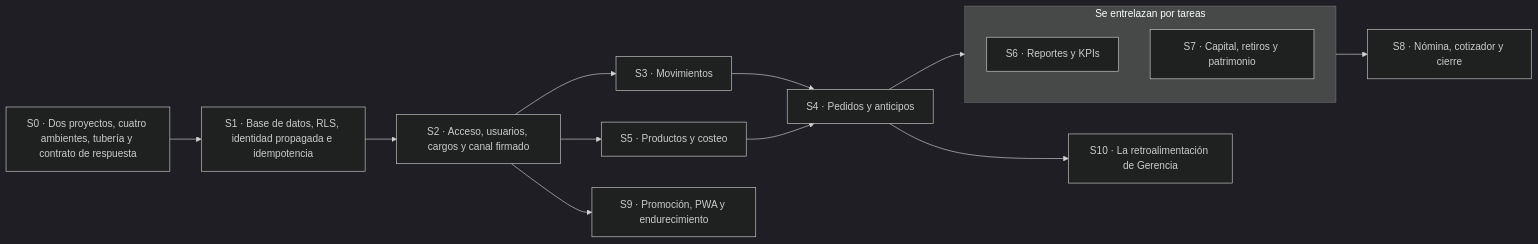
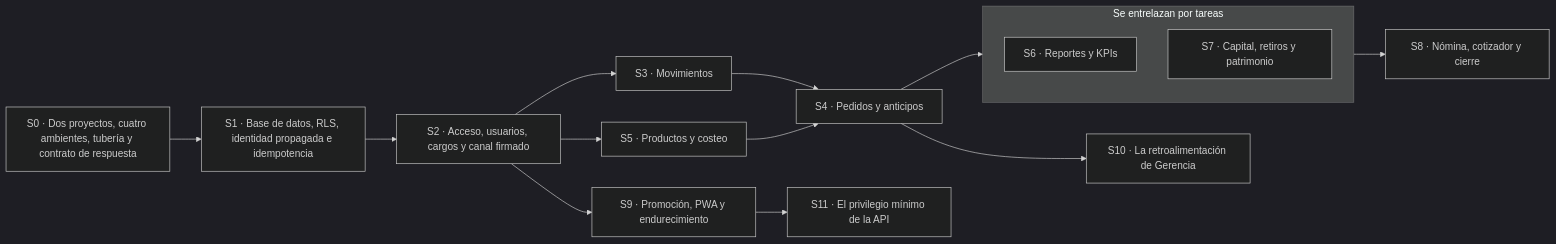
Before and after one commit to Juanchope039/Emprende-Documentation: the second of 2 diagrams in docs/08-plan-de-desarrollo.md, drawn with Mermaid (dark theme). The commit also changed other lines of this file and 14 other files, not shown here.

````diff
--- a/docs/08-plan-de-desarrollo.md
+++ b/docs/08-plan-de-desarrollo.md
@@ -1050,26 +1098,28 @@
 ```mermaid
 graph LR
   S0["S0 · Dos proyectos, cuatro ambientes, tubería y contrato de respuesta"]
   S1["S1 · Base de datos, RLS, identidad propagada e idempotencia"]
   S2["S2 · Acceso, usuarios, cargos y canal firmado"]
   S3["S3 · Movimientos"]
   S4["S4 · Pedidos y anticipos"]
   S5["S5 · Productos y costeo"]
   subgraph G67["Se entrelazan por tareas"]
     S6["S6 · Reportes y KPIs"]
     S7["S7 · Capital, retiros y patrimonio"]
   end
   S8["S8 · Nómina, cotizador y cierre"]
   S9["S9 · Promoción, PWA y endurecimiento"]
   S10["S10 · La retroalimentación de Gerencia"]
+  S11["S11 · El privilegio mínimo de la API"]
   S0 --> S1
   S1 --> S2
   S2 --> S3
   S2 --> S5
   S2 --> S9
   S3 --> S4
   S4 --> G67
   S4 --> S10
   S5 --> S4
   G67 --> S8
+  S9 --> S11
 ```
````
